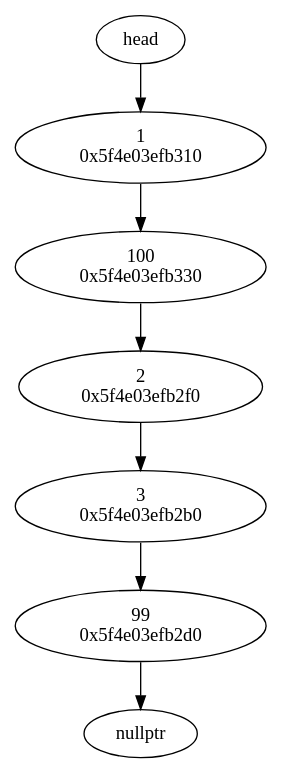
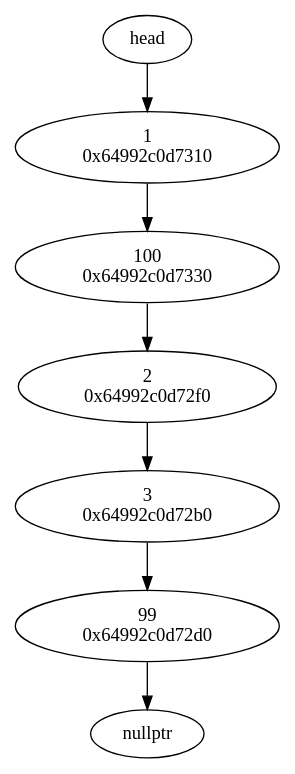
Before and after one commit to HenryD11703/estructuras-de-datos: the diagram in src/graphviz/linkedList.dot, drawn with Graphviz. The commit also changed 3 other files, not shown here.

```diff
--- a/src/graphviz/linkedList.dot
+++ b/src/graphviz/linkedList.dot
@@ -1,15 +1,15 @@
 digraph g {
 Head [label="head"];
 Head -> 1
-1[label="1\n0x5f4e03efb310"]
+1[label="1\n0x64992c0d7310"]
 1->2
-2[label="100\n0x5f4e03efb330"]
+2[label="100\n0x64992c0d7330"]
 2->3
-3[label="2\n0x5f4e03efb2f0"]
+3[label="2\n0x64992c0d72f0"]
 3->4
-4[label="3\n0x5f4e03efb2b0"]
+4[label="3\n0x64992c0d72b0"]
 4->5
-5[label="99\n0x5f4e03efb2d0"]
+5[label="99\n0x64992c0d72d0"]
 5->6
 6[label="nullptr"]
 }
```
